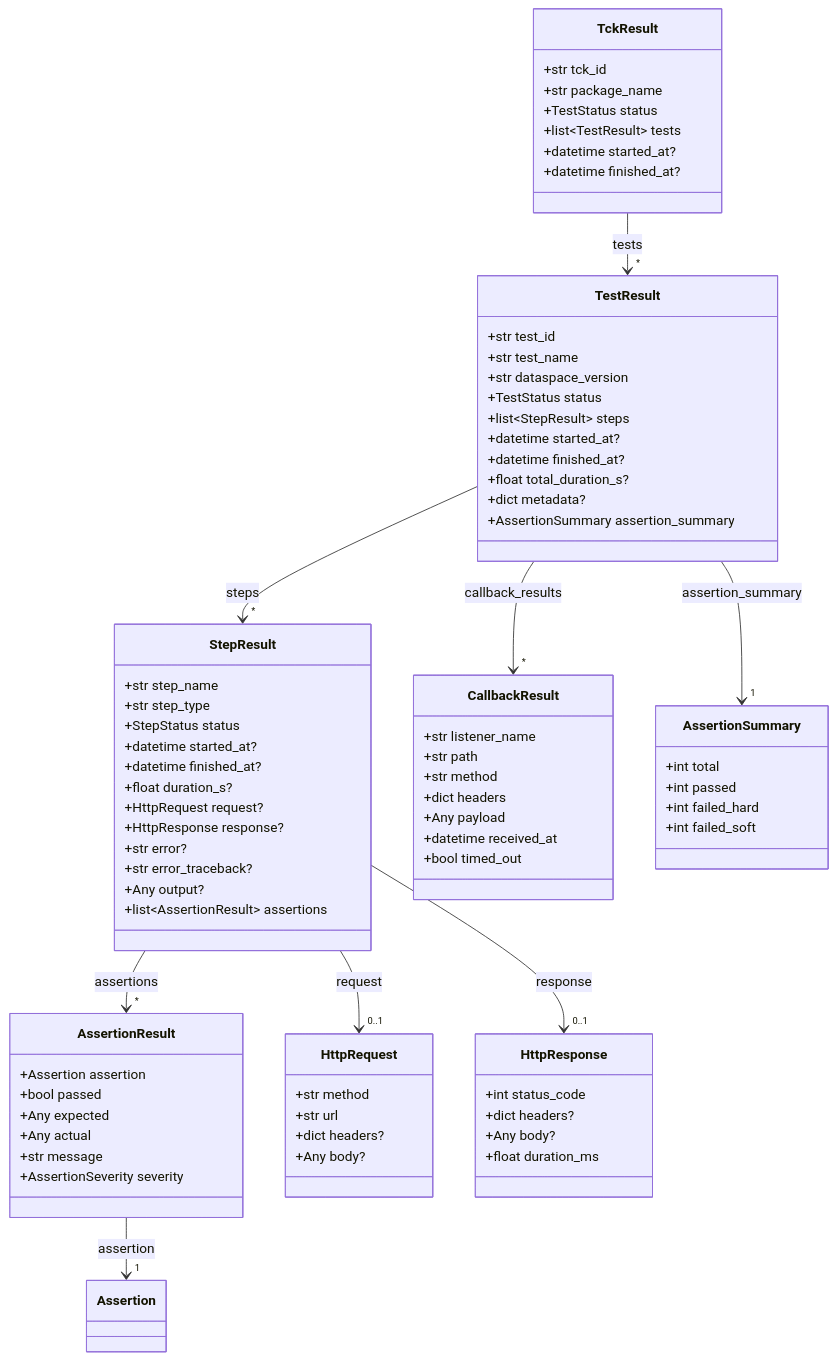
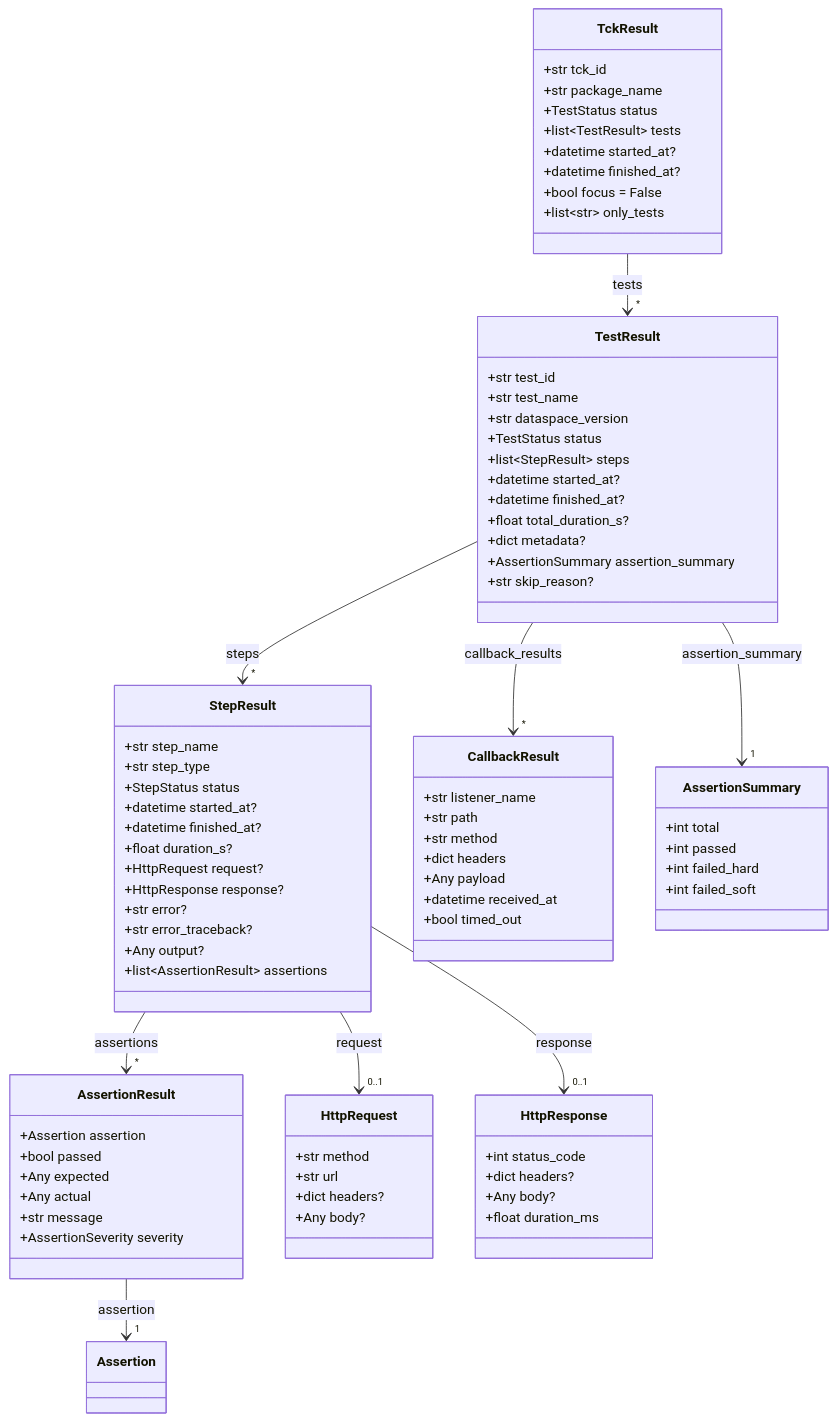
One commit to eclipse-tractusx/tractusx-testlab changed the fourth of 8 diagrams in docs/specification/specification/data-models.md. Above: the diagram before and after it, drawn with Mermaid. The commit also changed other lines of this file and 28 other files, not shown here.

First line of the commit message:
feat(player): focus runs (only_tests) and on_failure: stop

```diff
--- a/docs/specification/specification/data-models.md
+++ b/docs/specification/specification/data-models.md
@@ -343,6 +344,7 @@
         +float total_duration_s?
         +dict metadata?
         +AssertionSummary assertion_summary
+        +str skip_reason?
     }
 
     class AssertionSummary {
@@ -359,6 +361,8 @@
         +list~TestResult~ tests
         +datetime started_at?
         +datetime finished_at?
+        +bool focus = False
+        +list~str~ only_tests
     }
 
     TestResult --> "*" StepResult : steps
```
